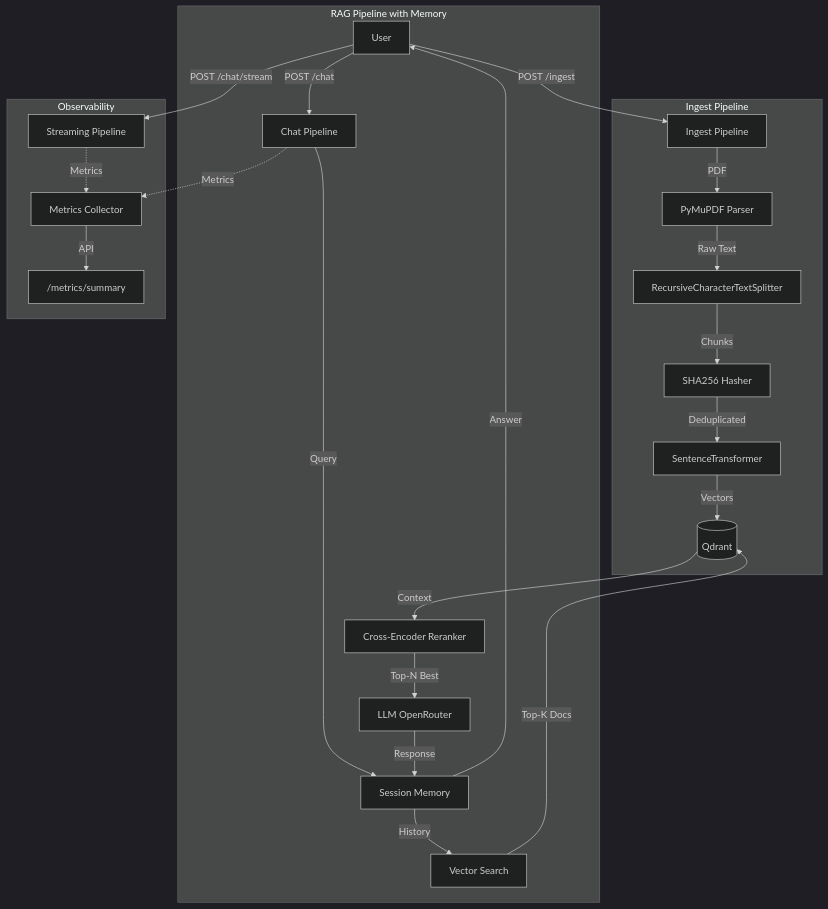
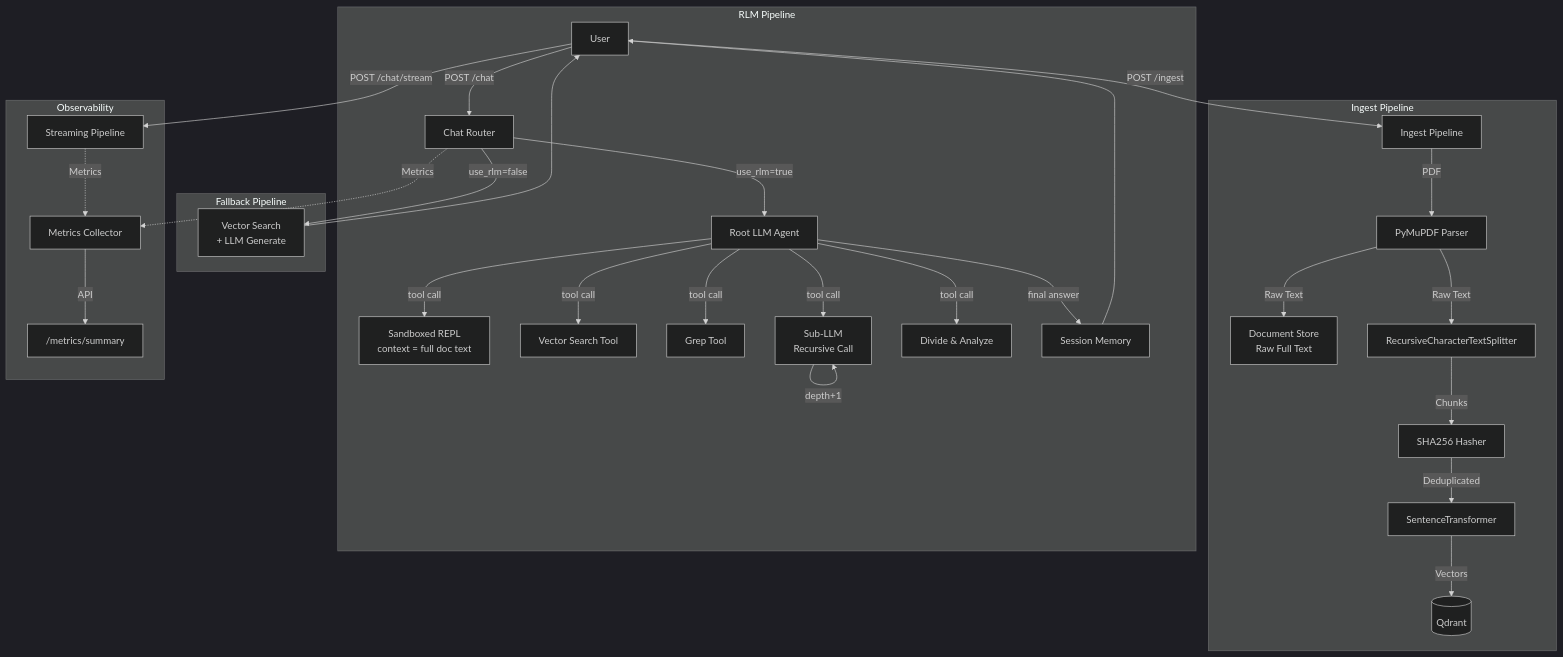
One commit to SRV-YouSoRandom/rlm-agent changed the diagram in README.md. Above: the diagram before and after it, drawn with Mermaid (dark theme). The commit also changed other lines of this file and 2 other files, not shown here.

Commit message:
feat: Introduce Recursive Language Model (RLM) architecture with a sandboxed REPL and tools, updating documentation and configuration.

````diff
--- a/README.md
+++ b/README.md
@@ -31,30 +35,38 @@
 ```mermaid
 graph TB
     User[User] -->|POST /ingest| Ingest[Ingest Pipeline]
-    User -->|POST /chat| Chat[Chat Pipeline]
+    User -->|POST /chat| Chat[Chat Router]
     User -->|POST /chat/stream| Stream[Streaming Pipeline]
 
     subgraph "Ingest Pipeline"
         Ingest -->|PDF| Parser[PyMuPDF Parser]
+        Parser -->|Raw Text| Store[Document Store\nRaw Full Text]
         Parser -->|Raw Text| Chunker[RecursiveCharacterTextSplitter]
         Chunker -->|Chunks| Hash[SHA256 Hasher]
         Hash -->|Deduplicated| Embedder[SentenceTransformer]
         Embedder -->|Vectors| VectorDB[(Qdrant)]
     end
 
-    subgraph "RAG Pipeline with Memory"
-        Chat -->|Query| Memory[Session Memory]
-        Memory -->|History| Retriever[Vector Search]
-        Retriever -->|Top-K Docs| VectorDB
-        VectorDB -->|Context| Reranker[Cross-Encoder Reranker]
-        Reranker -->|Top-N Best| LLM[LLM OpenRouter]
-        LLM -->|Response| Memory
-        Memory -->|Answer| User
+    subgraph "RLM Pipeline"
+        Chat -->|use_rlm=true| Root[Root LLM Agent]
+        Root -->|tool call| REPL[Sandboxed REPL\ncontext = full doc text]
+        Root -->|tool call| VSearch[Vector Search Tool]
+        Root -->|tool call| Grep[Grep Tool]
+        Root -->|tool call| SubLLM[Sub-LLM\nRecursive Call]
+        Root -->|tool call| DnA[Divide & Analyze]
+        SubLLM -->|depth+1| SubLLM
+        Root -->|final answer| Memory[Session Memory]
+        Memory --> User
+    end
+
+    subgraph "Fallback Pipeline"
+        Chat -->|use_rlm=false| VFallback[Vector Search\n+ LLM Generate]
+        VFallback --> User
     end
 
     subgraph "Observability"
         Chat -.->|Metrics| Metrics[Metrics Collector]
         Stream -.->|Metrics| Metrics
         Metrics -->|API| Dashboard["/metrics/summary"]
     end
 ```
````
